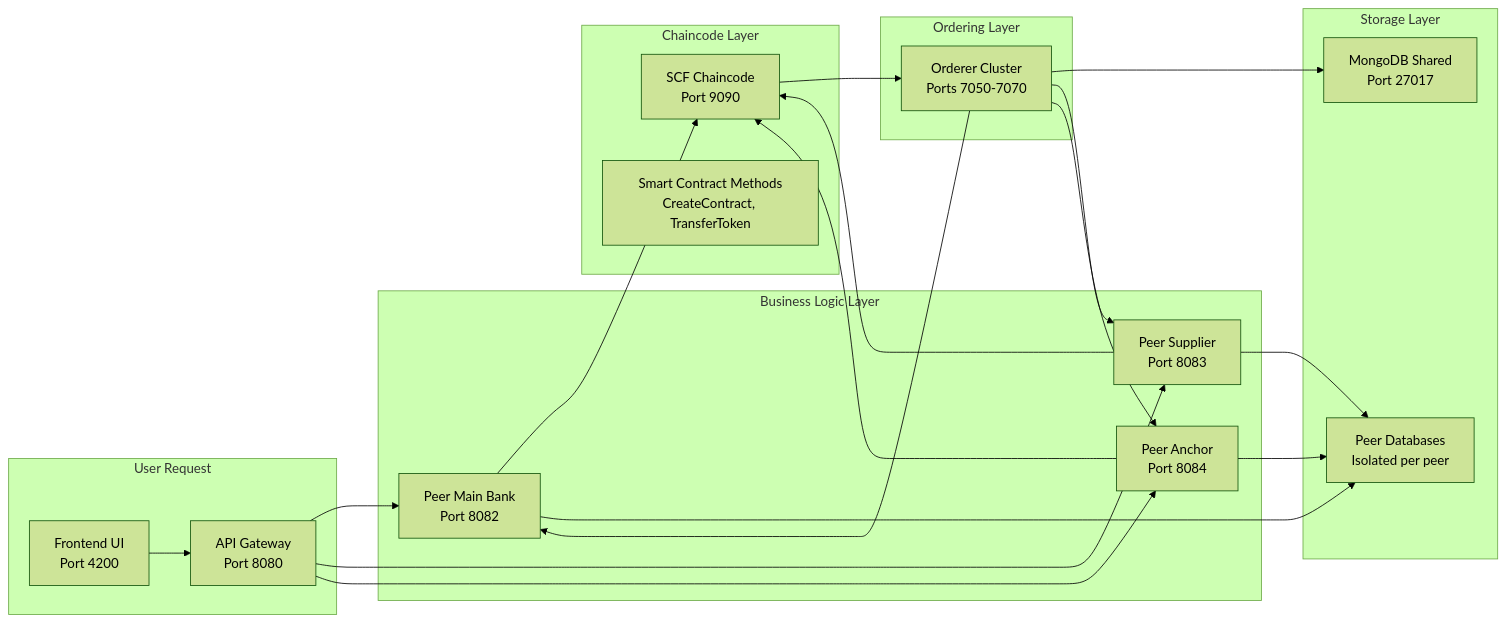
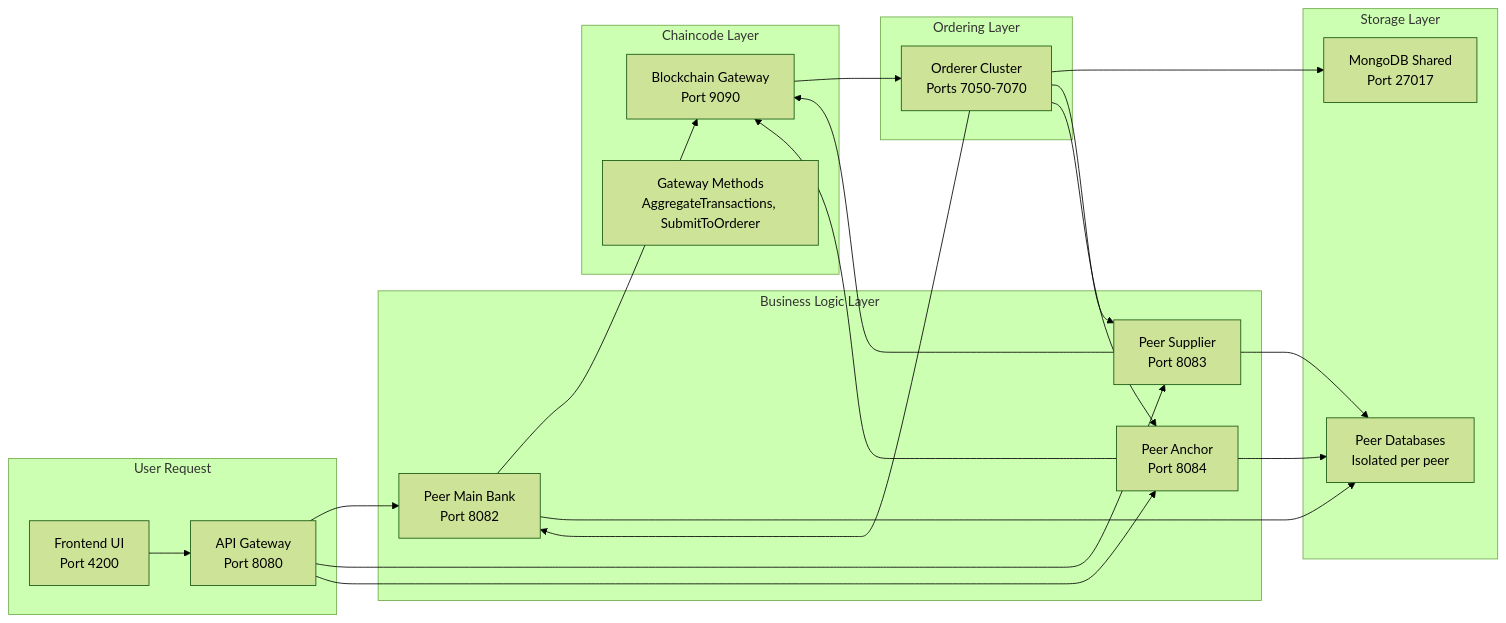
Before and after one commit to trunghc97/blockchain: the eighth of 8 diagrams in SYSTEM_DIAGRAM.md, drawn with Mermaid (forest theme). The commit also changed other lines of this file and 1 other file, not shown here.

````diff
--- a/SYSTEM_DIAGRAM.md
+++ b/SYSTEM_DIAGRAM.md
@@ -1163,47 +1169,47 @@
 ```mermaid
 flowchart LR
     subgraph "User Request"
         UI[Frontend UI<br/>Port 4200]
         API[API Gateway<br/>Port 8080]
     end
 
     subgraph "Business Logic Layer"
         PEER1[Peer Main Bank<br/>Port 8082]
         PEER2[Peer Supplier<br/>Port 8083]
         PEER3[Peer Anchor<br/>Port 8084]
     end
 
     subgraph "Chaincode Layer"
-        CHAINCODE[SCF Chaincode<br/>Port 9090]
-        METHODS[Smart Contract Methods<br/>CreateContract, TransferToken]
+        CHAINCODE[Blockchain Gateway<br/>Port 9090]
+        METHODS[Gateway Methods<br/>AggregateTransactions, SubmitToOrderer]
     end
 
     subgraph "Ordering Layer"
         ORDERER[Orderer Cluster<br/>Ports 7050-7070]
     end
 
     subgraph "Storage Layer"
         SHARED_DB[MongoDB Shared<br/>Port 27017]
         PEER_DB[Peer Databases<br/>Isolated per peer]
     end
 
     UI --> API
     API --> PEER1
     API --> PEER2
     API --> PEER3
 
     PEER1 --> CHAINCODE
     PEER2 --> CHAINCODE
     PEER3 --> CHAINCODE
 
     CHAINCODE --> ORDERER
     ORDERER --> SHARED_DB
 
     ORDERER --> PEER1
     ORDERER --> PEER2
     ORDERER --> PEER3
 
     PEER1 --> PEER_DB
     PEER2 --> PEER_DB
     PEER3 --> PEER_DB
 ```
````
